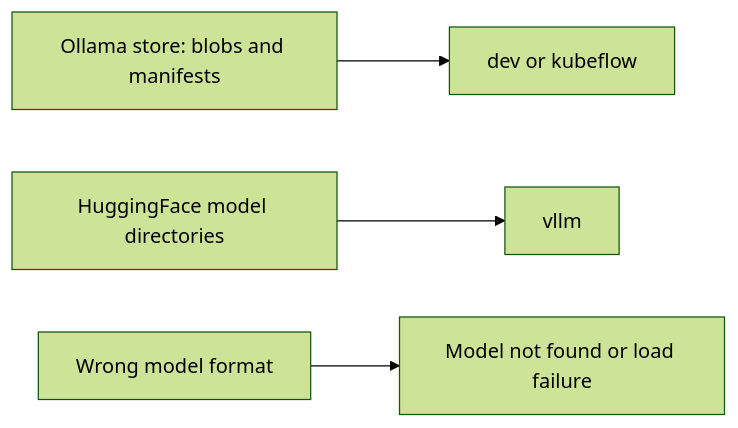
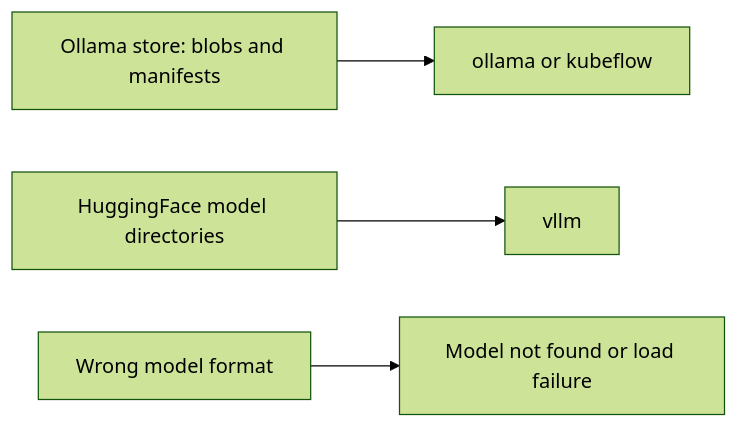
One commit to tohyewhong/qagredo-local changed the second of 2 diagrams in docs/SERVER_MODEL_PROFILES.md. Above: the diagram before and after it, drawn with Mermaid (forest theme). The commit also changed other lines of this file and 58 other files, not shown here.

````diff
--- a/docs/SERVER_MODEL_PROFILES.md
+++ b/docs/SERVER_MODEL_PROFILES.md
@@ -154,6 +177,6 @@
 ```mermaid
 flowchart LR
-  ollamaStore["Ollama store: blobs and manifests"] --> ollamaProfiles["dev or kubeflow"]
+  ollamaStore["Ollama store: blobs and manifests"] --> ollamaProfiles["ollama or kubeflow"]
   hfDirs["HuggingFace model directories"] --> vllmProfile["vllm"]
   wrongFormat["Wrong model format"] --> fail["Model not found or load failure"]
 ```
````
